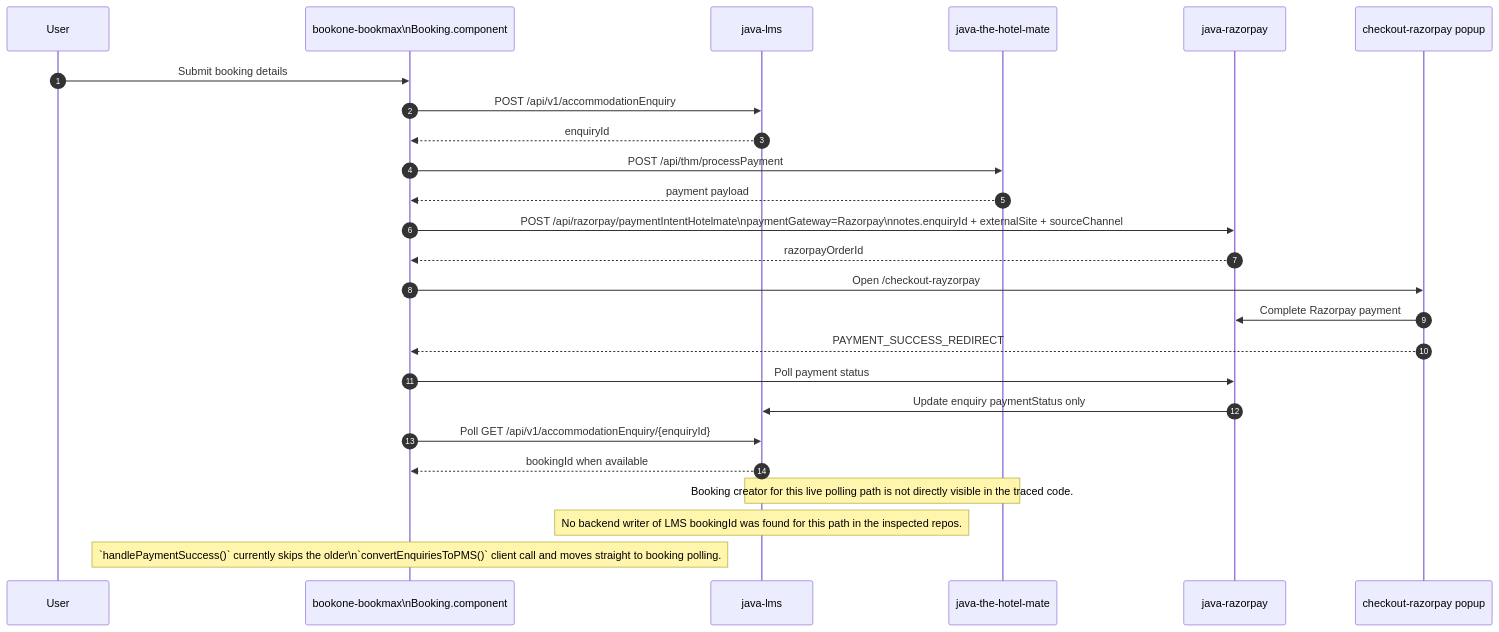
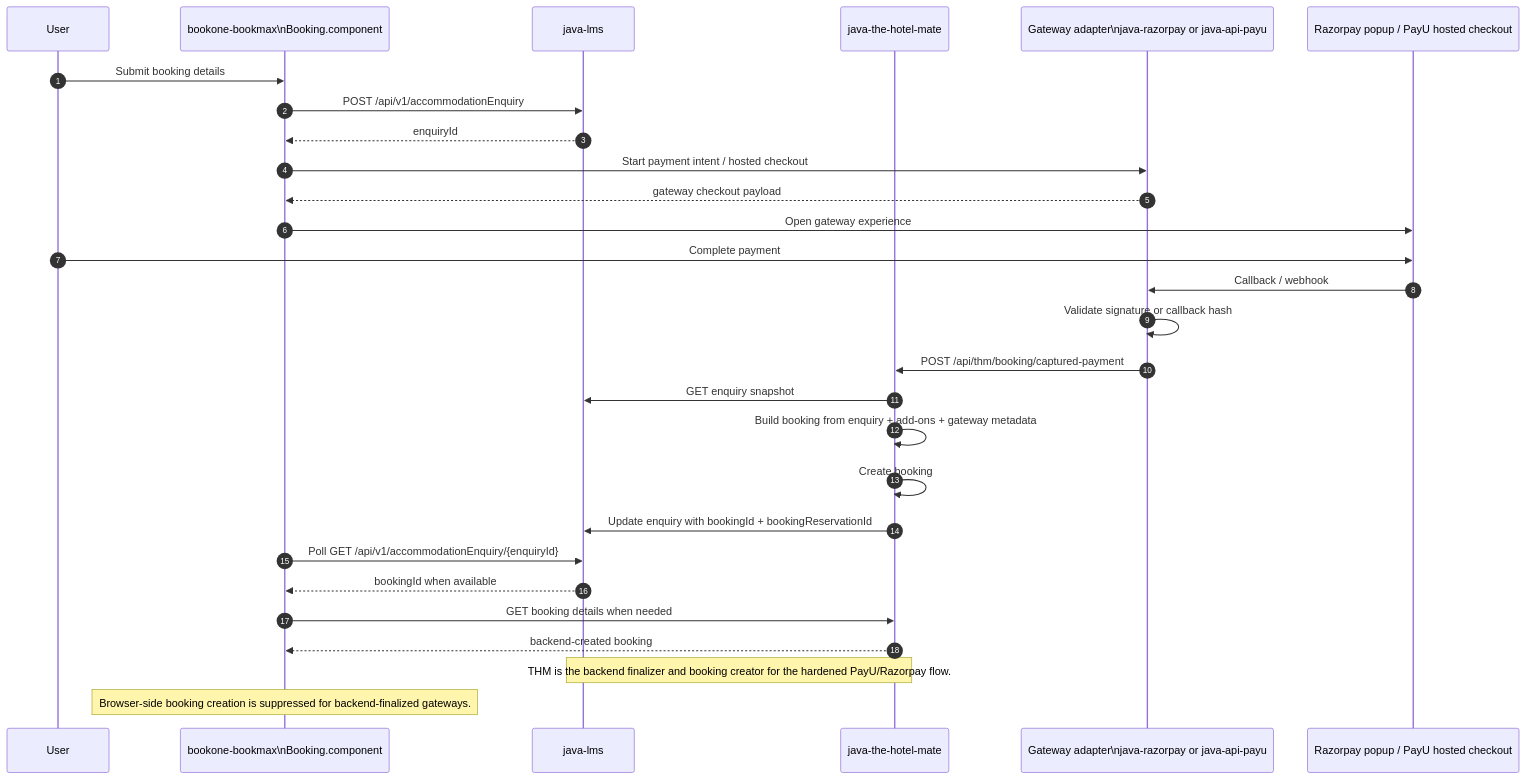
Before and after one commit to credencesoft/bookone-bookmax: the second of 5 diagrams in BOOKMAX_CHECKOUT_FLOW.md, drawn with Mermaid. The commit also changed other lines of this file and 3 other files, not shown here.

Commit message:
Booking Flow Refactor

````diff
--- a/BOOKMAX_CHECKOUT_FLOW.md
+++ b/BOOKMAX_CHECKOUT_FLOW.md
@@ -245,34 +289,34 @@
 ```mermaid
 sequenceDiagram
     autonumber
     participant U as User
     participant FE as bookone-bookmax\nBooking.component
     participant LMS as java-lms
     participant THM as java-the-hotel-mate
-    participant RP as java-razorpay
-    participant POP as checkout-razorpay popup
+    participant GW as Gateway adapter\njava-razorpay or java-api-payu
+    participant UI as Razorpay popup / PayU hosted checkout
 
     U->>FE: Submit booking details
     FE->>LMS: POST /api/v1/accommodationEnquiry
     LMS-->>FE: enquiryId
 
-    FE->>THM: POST /api/thm/processPayment
-    THM-->>FE: payment payload
-
-    FE->>RP: POST /api/razorpay/paymentIntentHotelmate\npaymentGateway=Razorpay\nnotes.enquiryId + externalSite + sourceChannel
-    RP-->>FE: razorpayOrderId
-
-    FE->>POP: Open /checkout-rayzorpay
-    POP->>RP: Complete Razorpay payment
-    POP-->>FE: PAYMENT_SUCCESS_REDIRECT
-
-    FE->>RP: Poll payment status
-    RP->>LMS: Update enquiry paymentStatus only
+    FE->>GW: Start payment intent / hosted checkout
+    GW-->>FE: gateway checkout payload
+    FE->>UI: Open gateway experience
+    U->>UI: Complete payment
+    UI->>GW: Callback / webhook
+    GW->>GW: Validate signature or callback hash
+    GW->>THM: POST /api/thm/booking/captured-payment
+    THM->>LMS: GET enquiry snapshot
+    THM->>THM: Build booking from enquiry + add-ons + gateway metadata
+    THM->>THM: Create booking
+    THM->>LMS: Update enquiry with bookingId + bookingReservationId
 
     FE->>LMS: Poll GET /api/v1/accommodationEnquiry/{enquiryId}
     LMS-->>FE: bookingId when available
+    FE->>THM: GET booking details when needed
+    THM-->>FE: backend-created booking
 
-    Note over THM,LMS: Booking creator for this live polling path is not directly visible in the traced code.
-    Note over LMS: No backend writer of LMS bookingId was found for this path in the inspected repos.
-    Note over FE: `handlePaymentSuccess()` currently skips the older\n`convertEnquiriesToPMS()` client call and moves straight to booking polling.
+    Note over THM,LMS: THM is the backend finalizer and booking creator for the hardened PayU/Razorpay flow.
+    Note over FE: Browser-side booking creation is suppressed for backend-finalized gateways.
 ```
````
